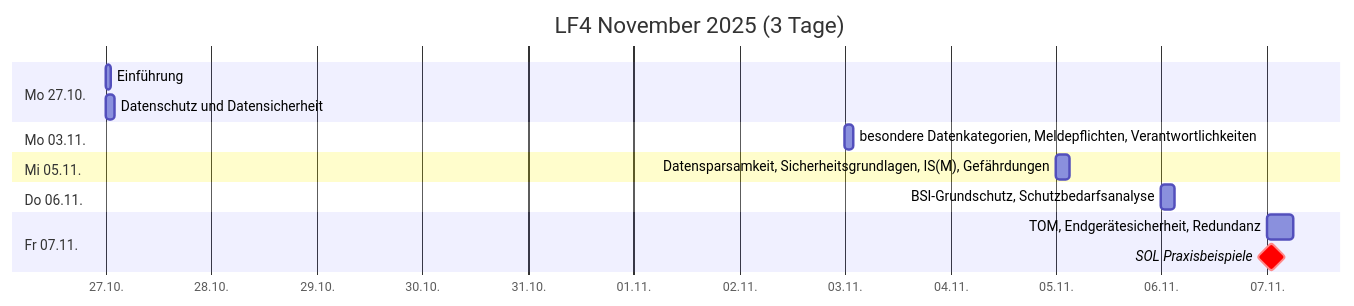
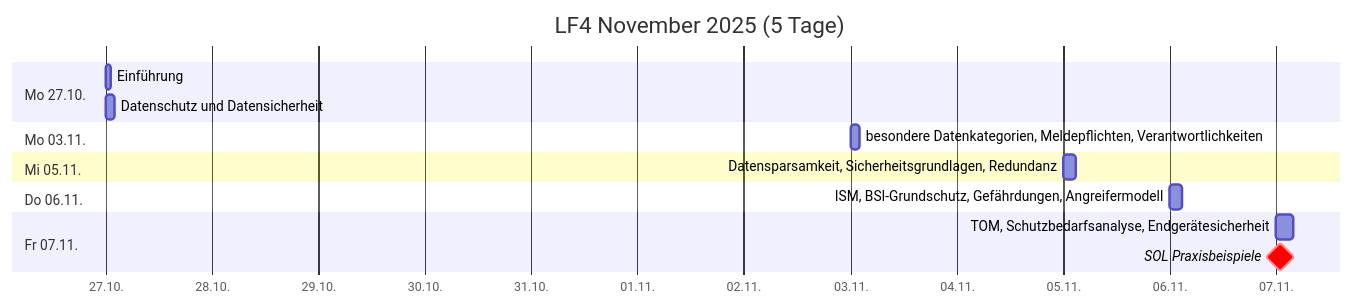
The first of 4 diagrams in src/plan.md (johannesloetzsch/LF4), drawn with Mermaid before and after one commit. The commit also changed other lines of this file and 20 other files, not shown here.

````diff
--- a/src/plan.md
+++ b/src/plan.md
@@ -7,18 +7,18 @@
 ```mermaid
 gantt
- title LF4 November 2025 (3 Tage)
+ title LF4 November 2025 (5 Tage)
  dateFormat YYYY-MM-DD
  axisFormat %d.%m.
  section Mo 27.10.
   Einführung                      :2025-10-27, 1h
   Datenschutz und Datensicherheit :2025-10-27, 2h
  section Mo 03.11.
   besondere Datenkategorien, Meldepflichten, Verantwortlichkeiten  :2025-11-03, 2h
  section Mi 05.11.
-  Datensparsamkeit, Sicherheitsgrundlagen, IS(M), Gefährdungen   :2025-11-05, 3h
+  Datensparsamkeit, Sicherheitsgrundlagen, Redundanz   :2025-11-05, 3h
  section Do 06.11.
-  BSI-Grundschutz, Schutzbedarfsanalyse  :2025-11-06, 3h
+  ISM, BSI-Grundschutz, Gefährdungen, Angreifermodell  :2025-11-06, 3h
  section Fr 07.11.
-  TOM, Endgerätesicherheit, Redundanz  :2025-11-07, 6h
+  TOM, Schutzbedarfsanalyse, Endgerätesicherheit  :2025-11-07, 4h
   SOL Praxisbeispiele             :crit, milestone, 2025-11-07, 2h
 ```
````
